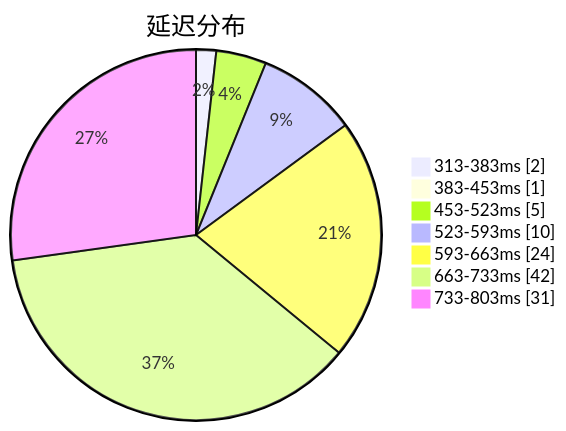
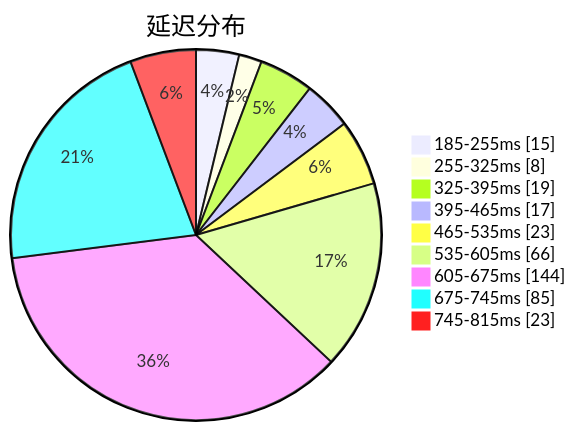
One commit to qjlxg/airport changed the first of 3 diagrams in subs/statistics/tested_within.md. Above: the diagram before and after it, drawn with Mermaid. The commit also changed other lines of this file and 2 other files, not shown here.

Commit message:
Tested by metaST

````diff
--- a/subs/statistics/tested_within.md
+++ b/subs/statistics/tested_within.md
@@ -2,11 +2,13 @@
 ```mermaid
 pie showData
 title 延迟分布
-"313-383ms" : 2
-"383-453ms" : 1
-"453-523ms" : 5
-"523-593ms" : 10
-"593-663ms" : 24
-"663-733ms" : 42
-"733-803ms" : 31
+"185-255ms" : 15
+"255-325ms" : 8
+"325-395ms" : 19
+"395-465ms" : 17
+"465-535ms" : 23
+"535-605ms" : 66
+"605-675ms" : 144
+"675-745ms" : 85
+"745-815ms" : 23
 ```
````
